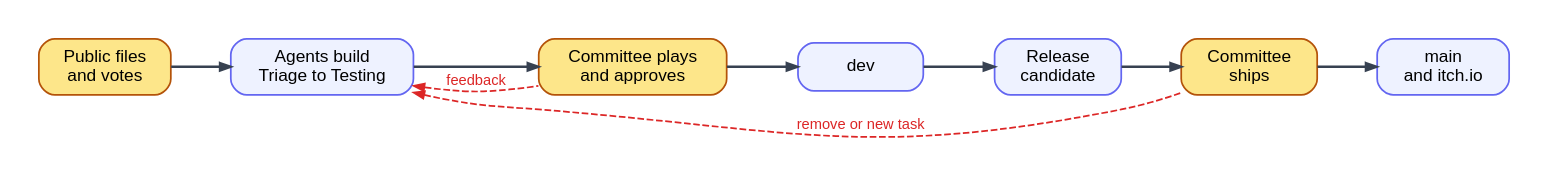
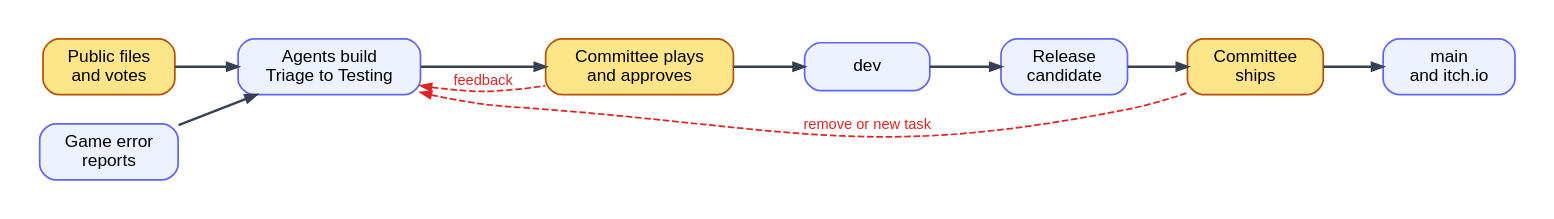
The diagram in factory/docs/diagrams/overview.dot (btseytlin/road-machiners), drawn with Graphviz before and after one commit. The commit also changed 25 other files, not shown here.

Commit message:
Error service: maps each game error report to source, finds or opens its error-report issue by fingerprint, reopens a fixed one that came back, and gives the issue's agents the reports; intake takes error-report issues with no votes

```diff
--- a/factory/docs/diagrams/overview.dot
+++ b/factory/docs/diagrams/overview.dot
@@ -1,17 +1,19 @@
 // Overview. Black: normal path. Red: loops back. Yellow: waits for people.
 digraph overview {
   rankdir=LR; nodesep=0.3; ranksep=0.6; bgcolor=white; pad=0.3;
   node [shape=box, style="rounded,filled", fillcolor="#eef2ff", color="#6366f1", fontname="Helvetica", fontsize=13, margin="0.2,0.1", penwidth=1.3, width=1.3];
   edge [color="#374151", penwidth=1.8, arrowsize=0.8, fontname="Helvetica", fontsize=11];
   U [label="Public files\nand votes", fillcolor="#fde68a", color="#b45309"];
   B [label="Agents build\nTriage to Testing"];
   C [label="Committee plays\nand approves", fillcolor="#fde68a", color="#b45309"];
   V [label="dev"];
   R [label="Release\ncandidate"];
   S [label="Committee\nships", fillcolor="#fde68a", color="#b45309"];
   O [label="main\nand itch.io"];
+  E [label="Game error\nreports"];
   U -> B -> C -> V -> R -> S -> O [weight=100];
+  E -> B [weight=0];
   edge [color="#dc2626", fontcolor="#dc2626", style=dashed, penwidth=1.3, dir=back, weight=0];
   B -> C [label="feedback"];
   B -> S [label="remove or new task"];
 }
```
